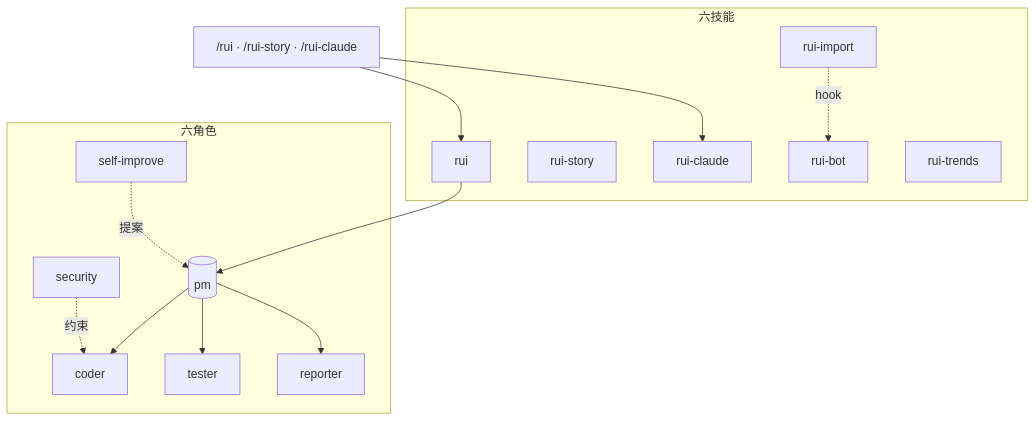
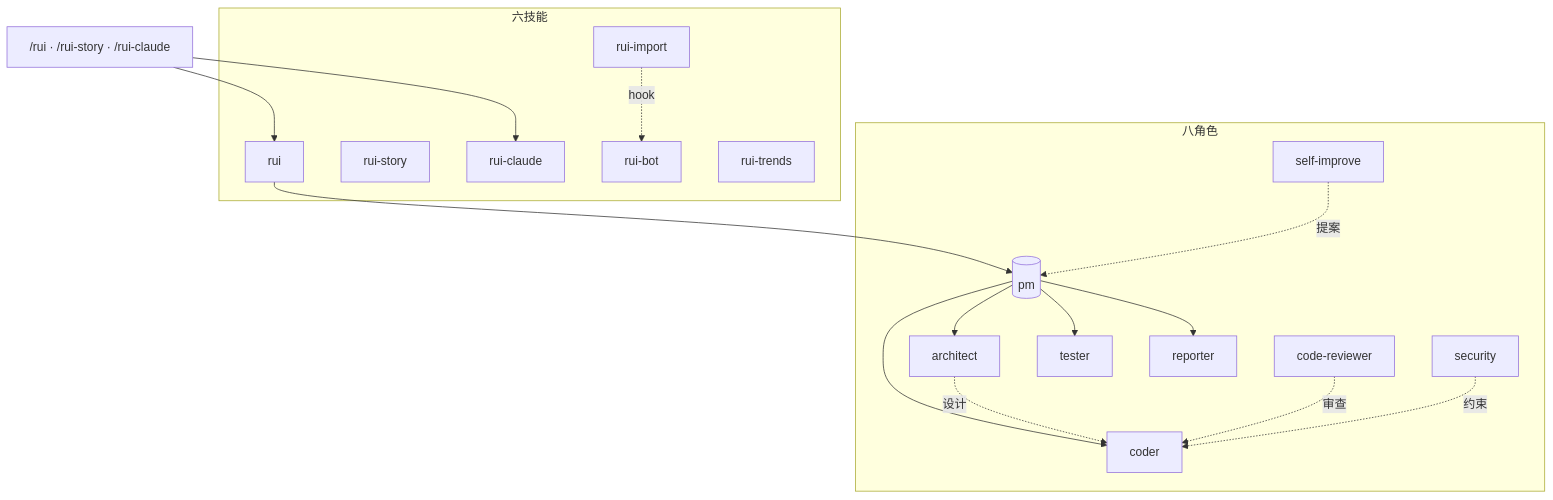
One commit to effiy/YrY changed the first of 6 diagrams in README.md. Above: the diagram before and after it, drawn with Mermaid. The commit also changed other lines of this file and 7 other files, not shown here.

````diff
--- a/README.md
+++ b/README.md
@@ -9,29 +9,33 @@
 ```mermaid
 flowchart TD
     CMD["/rui · /rui-story · /rui-claude"]
 
     subgraph Skills[六技能]
         RUI[rui]:::skill
         RS[rui-story]:::skill
         RC[rui-claude]:::skill
         ID[rui-import]:::skill
         WW[rui-bot]:::skill
         TD[rui-trends]:::skill
     end
 
-    subgraph Agents[六角色]
+    subgraph Agents[八角色]
         PM[("pm")]:::core
+        ARCHITECT[architect]:::agent
         CODER[coder]:::agent
+        REVIEWER[code-reviewer]:::agent
         TESTER[tester]:::agent
         REPORTER[reporter]:::agent
         SECURITY[security]:::agent
         SI[self-improve]:::agent
     end
 
     CMD --> RUI & RC
     RUI --> PM
-    PM --> CODER & TESTER & REPORTER
+    PM --> ARCHITECT & CODER & TESTER & REPORTER
+    ARCHITECT -.设计.-> CODER
+    REVIEWER -.审查.-> CODER
     SECURITY -.约束.-> CODER
     SI -.提案.-> PM
     ID -.hook.-> WW
 ```
````
